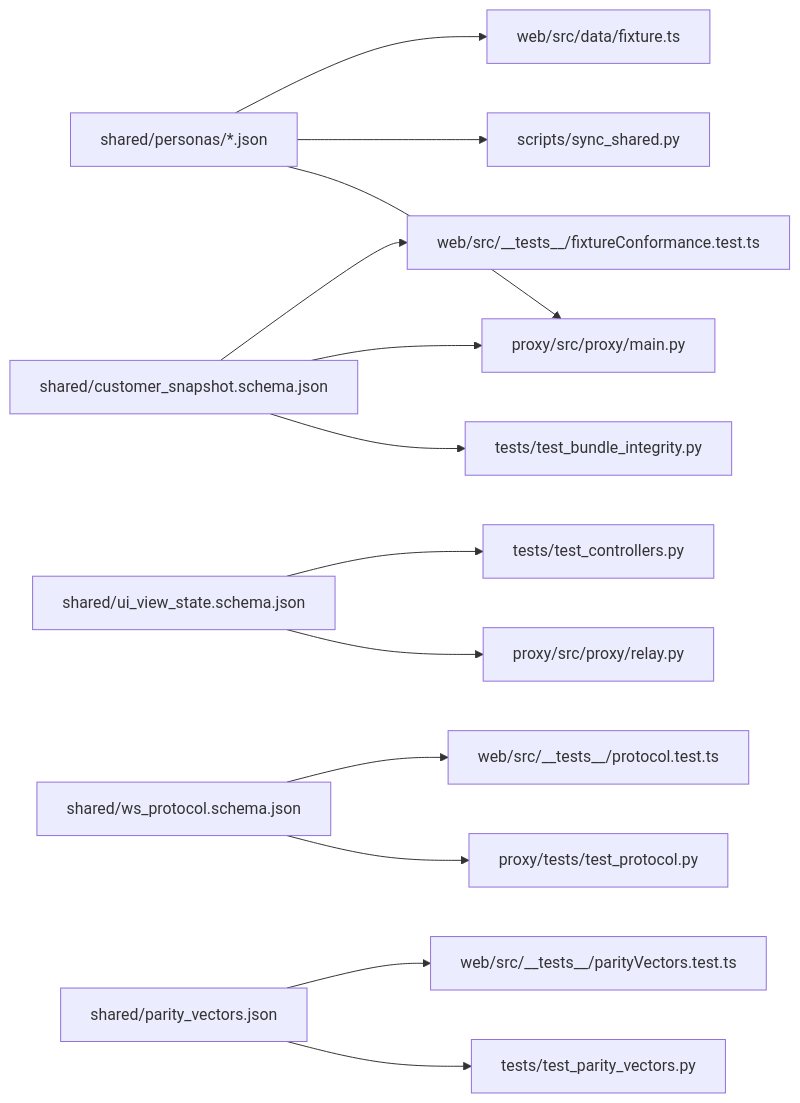
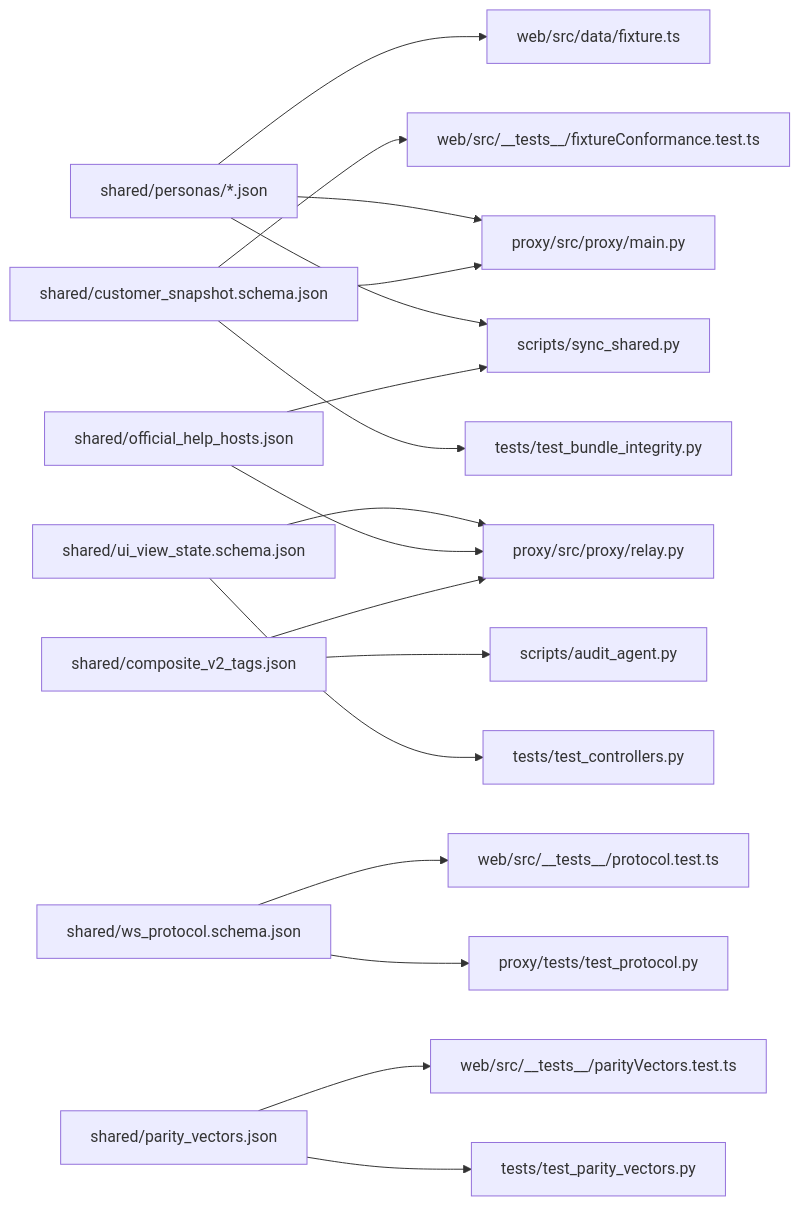
The fourth of 4 diagrams in cloudbank/README.md (oliviervg1/gecx-bank-demo), drawn with Mermaid before and after one commit. The commit also changed other lines of this file and 19 other files, not shown here.

Commit message:
Harden CI privacy hygiene, standardize proxy port 8765, and sync architecture docs

````diff
--- a/cloudbank/README.md
+++ b/cloudbank/README.md
@@ -108,15 +103,19 @@
 ```mermaid
 flowchart LR
     Personas["shared/personas/*.json"] --> ProxySeed["proxy/src/proxy/main.py"]
     Personas --> SyncShared["scripts/sync_shared.py"]
     Personas --> WebData["web/src/data/fixture.ts"]
     Schema1["shared/customer_snapshot.schema.json"] --> PyTest["tests/test_bundle_integrity.py"]
     Schema1 --> ProxySeed
     Schema1 --> WebTest["web/src/__tests__/fixtureConformance.test.ts"]
     Schema2["shared/ui_view_state.schema.json"] --> ProxyRelay["proxy/src/proxy/relay.py"]
     Schema2 --> PyCtrl["tests/test_controllers.py"]
     Schema3["shared/ws_protocol.schema.json"] --> ProxyProto["proxy/tests/test_protocol.py"]
     Schema3 --> WebProto["web/src/__tests__/protocol.test.ts"]
+    Hosts["shared/official_help_hosts.json"] --> SyncShared
+    Hosts --> ProxyRelay
+    Tags["shared/composite_v2_tags.json"] --> Audit["scripts/audit_agent.py"]
+    Tags --> ProxyRelay
     Parity["shared/parity_vectors.json"] --> PyParity["tests/test_parity_vectors.py"]
     Parity --> TsParity["web/src/__tests__/parityVectors.test.ts"]
 ```
````
